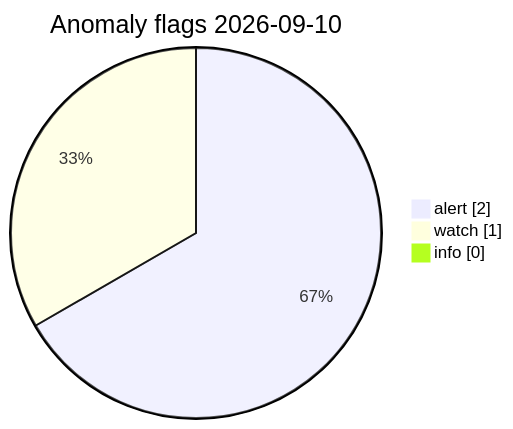
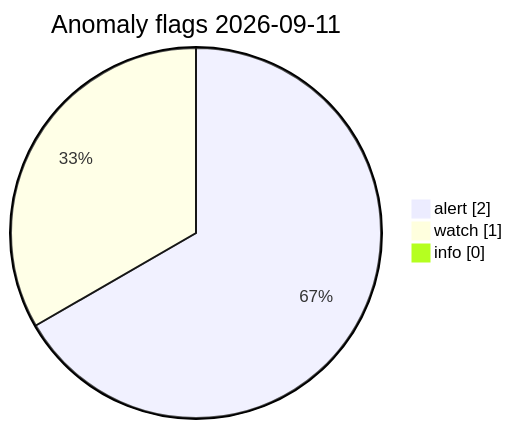
The diagram in visuals/latest/CHARTS.md (Midwest-Stratospheric/Unified-Open-Global-Weather), drawn with Mermaid before and after one commit. The commit also changed other lines of this file and 11 other files, not shown here.

Commit message:
data(visuals): automated charts 2026-09-11T11:26Z

````diff
--- a/visuals/latest/CHARTS.md
+++ b/visuals/latest/CHARTS.md
@@ -73,7 +73,7 @@
 ```mermaid
 pie showData
-  title Anomaly flags 2026-09-10
+  title Anomaly flags 2026-09-11
   "alert" : 2
   "watch" : 1
   "info" : 0
 ```
````
